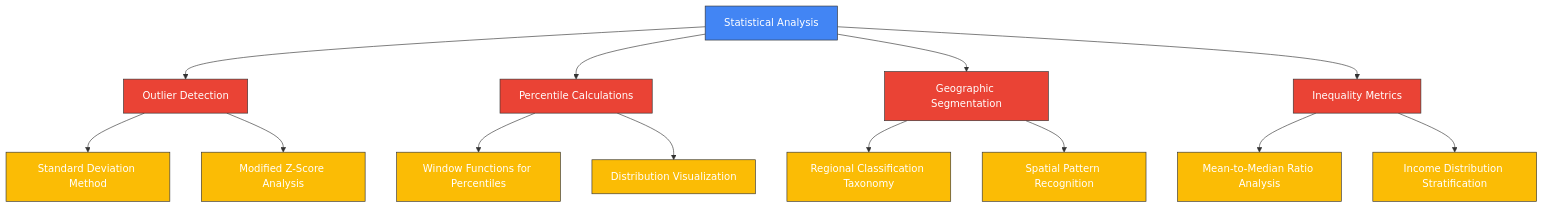
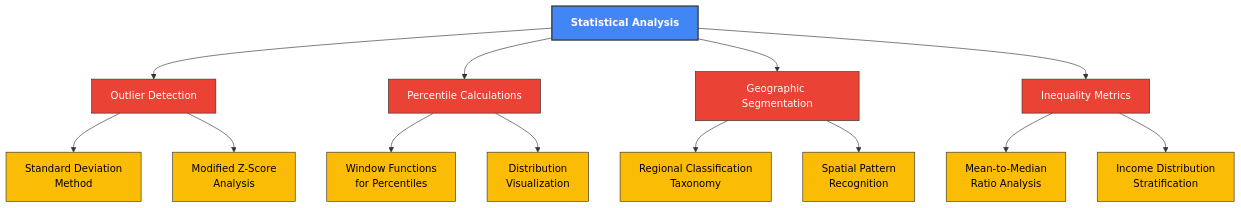
One commit to tzolkowski96/tzolkowski96 changed the third of 10 diagrams in us-household-income-analysis/README.md. Above: the diagram before and after it, drawn with Mermaid. The commit also changed other lines of this file, not shown here.

````diff
--- a/us-household-income-analysis/README.md
+++ b/us-household-income-analysis/README.md
@@ -172,28 +174,26 @@
 ```mermaid
+%%{init: {'theme': 'base', 'themeVariables': { 'primaryColor': '#4285F4', 'primaryTextColor': '#fff', 'primaryBorderColor': '#333', 'lineColor': '#333', 'secondaryColor': '#EA4335', 'secondaryTextColor': '#fff', 'secondaryBorderColor': '#333', 'tertiaryColor': '#FBBC05', 'tertiaryTextColor': '#000', 'tertiaryBorderColor': '#333', 'quaternaryColor': '#34A853', 'quaternaryTextColor': '#fff', 'quaternaryBorderColor': '#333', 'edgeLabelBackground': '#fff'}}}%%
+
 graph TD
-    A[Statistical Analysis] --> B[Outlier Detection]
-    A --> C[Percentile Calculations]
-    A --> D[Geographic Segmentation]
-    A --> E[Inequality Metrics]
+    A[Statistical Analysis]:::primary --> B[Outlier Detection]:::secondary
+    A --> C[Percentile Calculations]:::secondary
+    A --> D[Geographic Segmentation]:::secondary
+    A --> E[Inequality Metrics]:::secondary
     
-    B --> B1[Standard Deviation Method]
-    B --> B2[Modified Z-Score Analysis]
+    B --> B1[Standard Deviation<br>Method]:::tertiary
+    B --> B2[Modified Z-Score<br>Analysis]:::tertiary
     
-    C --> C1[Window Functions for Percentiles]
-    C --> C2[Distribution Visualization]
+    C --> C1[Window Functions<br>for Percentiles]:::tertiary
+    C --> C2[Distribution<br>Visualization]:::tertiary
     
-    D --> D1[Regional Classification Taxonomy]
-    D --> D2[Spatial Pattern Recognition]
+    D --> D1[Regional Classification<br>Taxonomy]:::tertiary
+    D --> D2[Spatial Pattern<br>Recognition]:::tertiary
     
-    E --> E1[Mean-to-Median Ratio Analysis]
-    E --> E2[Income Distribution Stratification]
+    E --> E1[Mean-to-Median<br>Ratio Analysis]:::tertiary
+    E --> E2[Income Distribution<br>Stratification]:::tertiary
     
-    classDef primary fill:#4285F4,stroke:#333,stroke-width:1px,color:#fff;
-    classDef secondary fill:#EA4335,stroke:#333,stroke-width:1px,color:#fff;
-    classDef tertiary fill:#FBBC05,stroke:#333,stroke-width:1px,color:#fff;
-    classDef quaternary fill:#34A853,stroke:#333,stroke-width:1px,color:#fff;
-    
-    class A primary;
-    class B,C,D,E secondary;
-    class B1,B2,C1,C2,D1,D2,E1,E2 tertiary;
+    classDef primary fill:#4285F4,stroke:#333,stroke-width:2px,color:#fff,font-weight:bold
+    classDef secondary fill:#EA4335,stroke:#333,stroke-width:1px,color:#fff
+    classDef tertiary fill:#FBBC05,stroke:#333,stroke-width:1px,color:#000
+    classDef quaternary fill:#34A853,stroke:#333,stroke-width:1px,color:#fff
 ```
````
